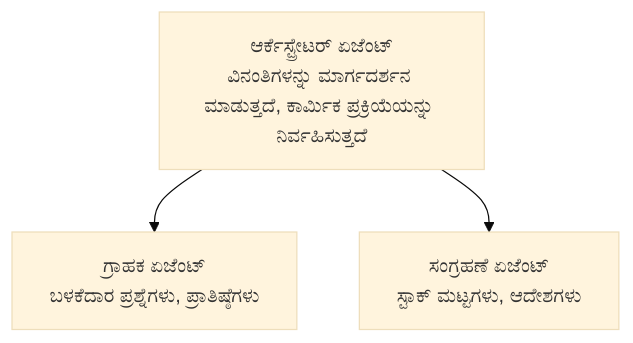
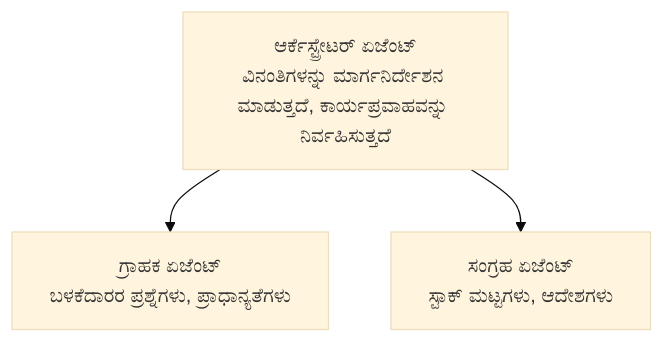
One commit to microsoft/AZD-for-beginners changed the diagram in translations/kn/docs/chapter-05-multi-agent/README.md. Above: the diagram before and after it, drawn with Mermaid (base theme). The commit also changed other lines of this file and 104 other files, not shown here.

````diff
--- a/translations/kn/docs/chapter-05-multi-agent/README.md
+++ b/translations/kn/docs/chapter-05-multi-agent/README.md
@@ -52,5 +54,5 @@
 ```mermaid
 graph TD
-    Orchestrator[ಆರ್ಕೆಸ್ಟ್ರೇಟರ್ ಏಜೆಂಟ್<br/>ವಿನಂತಿಗಳನ್ನು ಮಾರ್ಗದರ್ಶನ ಮಾಡುತ್ತದೆ, ಕಾರ್ಮಿಕ ಪ್ರಕ್ರಿಯೆಯನ್ನು ನಿರ್ವಹಿಸುತ್ತದೆ] --> Customer[ಗ್ರಾಹಕ ಏಜೆಂಟ್<br/>ಬಳಕೆದಾರ ಪ್ರಶ್ನೆಗಳು, ಪ್ರಾತಿಷ್ಠೆಗಳು]
-    Orchestrator --> Inventory[ಸಂಗ್ರಹಣೆ ಏಜೆಂಟ್<br/>ಸ್ಟಾಕ್ ಮಟ್ಟಗಳು, ಆದೇಶಗಳು]
+    Orchestrator[ಆರ್ಕೆಸ್ಟ್ರೇಟರ್ ಏಜೆಂಟ್<br/>ವಿನಂತಿಗಳನ್ನು ಮಾರ್ಗನಿರ್ದೇಶನ ಮಾಡುತ್ತದೆ, ಕಾರ್ಯಪ್ರವಾಹವನ್ನು ನಿರ್ವಹಿಸುತ್ತದೆ] --> Customer[ಗ್ರಾಹಕ ಏಜೆಂಟ್<br/>ಬಳಕೆದಾರರ ಪ್ರಶ್ನೆಗಳು, ಪ್ರಾಧಾನ್ಯತೆಗಳು]
+    Orchestrator --> Inventory[ಸಂಗ್ರಹ ಏಜೆಂಟ್<br/>ಸ್ಟಾಕ್ ಮಟ್ಟಗಳು, ಆದೇಶಗಳು]
 ```
````
